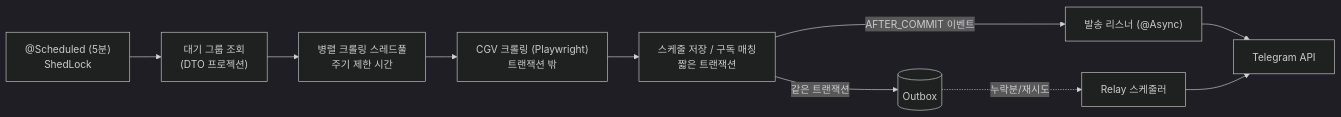
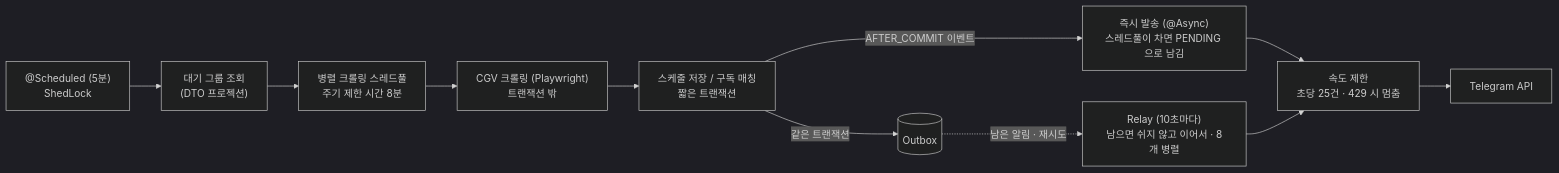
The diagram in README.md (CHUNYOUNGSANG/movie), drawn with Mermaid (dark theme) before and after one commit. The commit also changed other lines of this file and 1 other file, not shown here.

````diff
--- a/README.md
+++ b/README.md
@@ -34,12 +65,13 @@
 ```mermaid
 flowchart LR
     S["@Scheduled (5분)<br/>ShedLock"] --> P["대기 그룹 조회<br/>(DTO 프로젝션)"]
-    P --> G["병렬 크롤링 스레드풀<br/>주기 제한 시간"]
+    P --> G["병렬 크롤링 스레드풀<br/>주기 제한 시간 8분"]
     G --> C["CGV 크롤링 (Playwright)<br/>트랜잭션 밖"]
     C --> D["스케줄 저장 / 구독 매칭<br/>짧은 트랜잭션"]
     D -- 같은 트랜잭션 --> O[(Outbox)]
-    D -- AFTER_COMMIT 이벤트 --> L["발송 리스너 (@Async)"]
-    O -. 누락분/재시도 .-> R["Relay 스케줄러"]
-    L --> T[Telegram API]
-    R --> T
+    D -- AFTER_COMMIT 이벤트 --> L["즉시 발송 (@Async)<br/>스레드풀이 차면 PENDING 으로 남김"]
+    O -. 남은 알림 · 재시도 .-> R["Relay (10초마다)<br/>남으면 쉬지 않고 이어서 · 8개 병렬"]
+    L --> RL["속도 제한<br/>초당 25건 · 429 시 멈춤"]
+    R --> RL
+    RL --> T[Telegram API]
 ```
````
